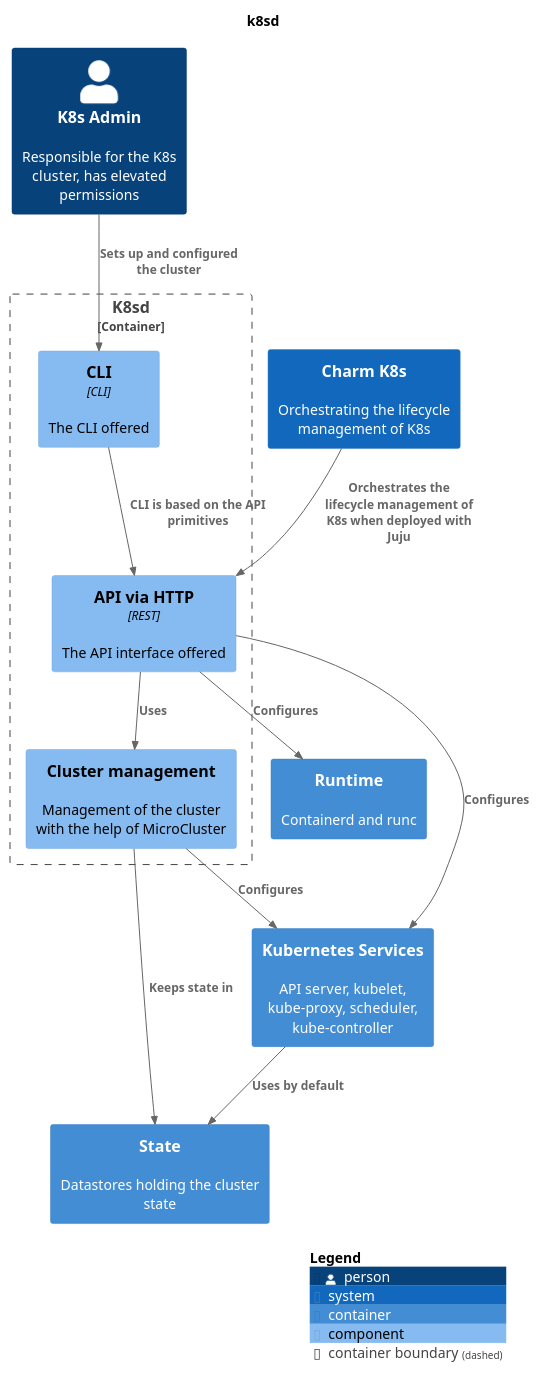
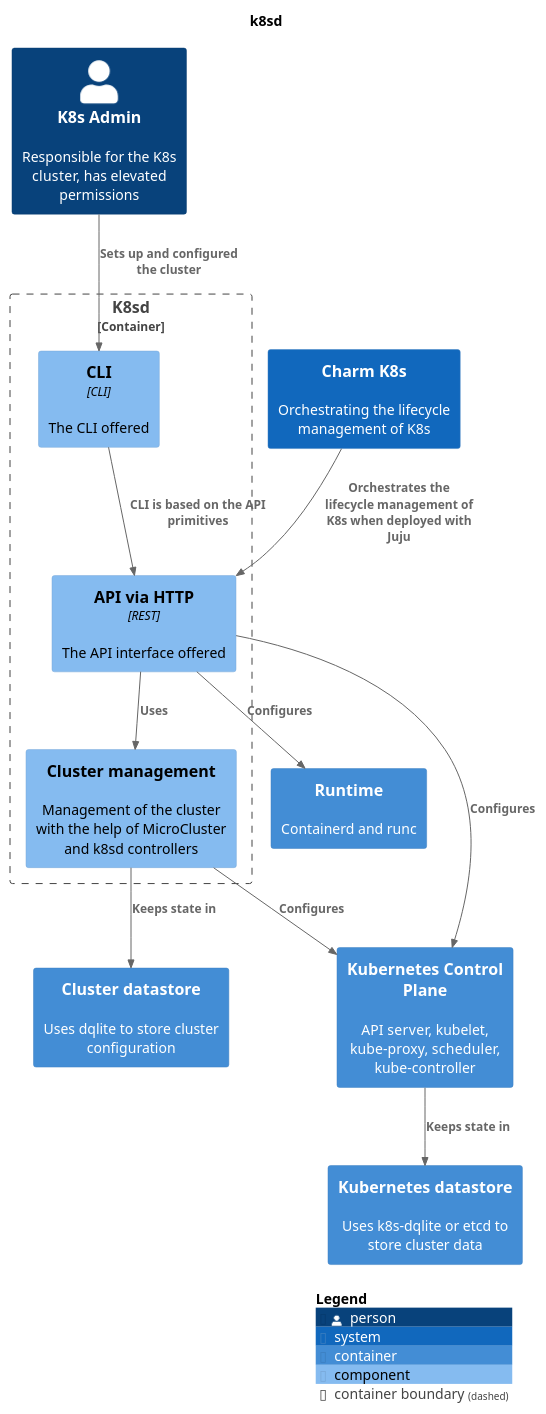
The diagram in docs/canonicalk8s/assets/k8sd-component.puml (canonical/k8s-snap), drawn with PlantUML before and after one commit.

Commit message:
review diagram

```diff
--- a/docs/canonicalk8s/assets/k8sd-component.puml
+++ b/docs/canonicalk8s/assets/k8sd-component.puml
@@ -1,35 +1,36 @@
 @startuml
 set separator none
 title k8sd
 
 top to bottom direction
 
 !include <C4/C4>
 !include <C4/C4_Context>
 !include <C4/C4_Container>
 !include <C4/C4_Component>
 
 Person(K8sAdmin, "K8s Admin", $descr="Responsible for the K8s cluster, has elevated permissions", $tags="", $link="")
 Container(K8sSnapDistribution.Runtime, "Runtime", $techn="", $descr="Containerd and runc", $tags="", $link="")
 System(CharmK8s, "Charm K8s", $descr="Orchestrating the lifecycle management of K8s", $tags="", $link="")
-Container(K8sSnapDistribution.State, "State", $techn="", $descr="Datastores holding the cluster state", $tags="", $link="")
-Container(K8sSnapDistribution.KubernetesServices, "Kubernetes Services", $techn="", $descr="API server, kubelet, kube-proxy, scheduler, kube-controller", $tags="", $link="")
+Container(K8sSnapDistribution.ClusterDatastore, "Cluster datastore", $techn="", $descr="Uses dqlite to store cluster configuration", $tags="", $link="")
+Container(K8sSnapDistribution.KubernetesDatastore, "Kubernetes datastore", $techn="", $descr="Uses k8s-dqlite or etcd to store cluster data", $tags="", $link="")
+Container(K8sSnapDistribution.KubernetesControlPlane, "Kubernetes Control Plane", $techn="", $descr="API server, kubelet, kube-proxy, scheduler, kube-controller", $tags="", $link="")
 
 Container_Boundary("K8sSnapDistribution.K8sd_boundary", "K8sd", $tags="") {
   Component(K8sSnapDistribution.K8sd.CLI, "CLI", $techn="CLI", $descr="The CLI offered", $tags="", $link="")
   Component(K8sSnapDistribution.K8sd.APIviaHTTP, "API via HTTP", $techn="REST", $descr="The API interface offered", $tags="", $link="")
-  Component(K8sSnapDistribution.K8sd.CLustermanagement, "Cluster management", $techn="", $descr="Management of the cluster with the help of MicroCluster", $tags="", $link="")
+  Component(K8sSnapDistribution.K8sd.CLustermanagement, "Cluster management", $techn="", $descr="Management of the cluster with the help of MicroCluster and k8sd controllers", $tags="", $link="")
 }
 
 Rel(K8sAdmin, K8sSnapDistribution.K8sd.CLI, "Sets up and configured the cluster", $techn="", $tags="", $link="")
 Rel(CharmK8s, K8sSnapDistribution.K8sd.APIviaHTTP, "Orchestrates the lifecycle management of K8s when deployed with Juju", $techn="", $tags="", $link="")
-Rel(K8sSnapDistribution.K8sd.CLustermanagement, K8sSnapDistribution.KubernetesServices, "Configures", $techn="", $tags="", $link="")
-Rel(K8sSnapDistribution.KubernetesServices, K8sSnapDistribution.State, "Uses by default", $techn="", $tags="", $link="")
-Rel(K8sSnapDistribution.K8sd.CLustermanagement, K8sSnapDistribution.State, "Keeps state in", $techn="", $tags="", $link="")
-Rel(K8sSnapDistribution.K8sd.APIviaHTTP, K8sSnapDistribution.KubernetesServices, "Configures", $techn="", $tags="", $link="")
+Rel(K8sSnapDistribution.K8sd.CLustermanagement, K8sSnapDistribution.KubernetesControlPlane, "Configures", $techn="", $tags="", $link="")
+Rel(K8sSnapDistribution.KubernetesControlPlane, K8sSnapDistribution.KubernetesDatastore, "Keeps state in", $techn="", $tags="", $link="")
+Rel(K8sSnapDistribution.K8sd.CLustermanagement, K8sSnapDistribution.ClusterDatastore, "Keeps state in", $techn="", $tags="", $link="")
+Rel(K8sSnapDistribution.K8sd.APIviaHTTP, K8sSnapDistribution.KubernetesControlPlane, "Configures", $techn="", $tags="", $link="")
 Rel(K8sSnapDistribution.K8sd.APIviaHTTP, K8sSnapDistribution.Runtime, "Configures", $techn="", $tags="", $link="")
 Rel(K8sSnapDistribution.K8sd.APIviaHTTP, K8sSnapDistribution.K8sd.CLustermanagement, "Uses", $techn="", $tags="", $link="")
 Rel(K8sSnapDistribution.K8sd.CLI, K8sSnapDistribution.K8sd.APIviaHTTP, "CLI is based on the API primitives", $techn="", $tags="", $link="")
 
 SHOW_LEGEND(true)
 @enduml
```
